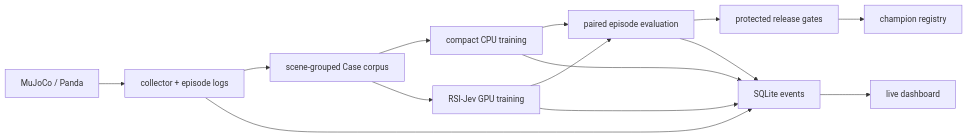
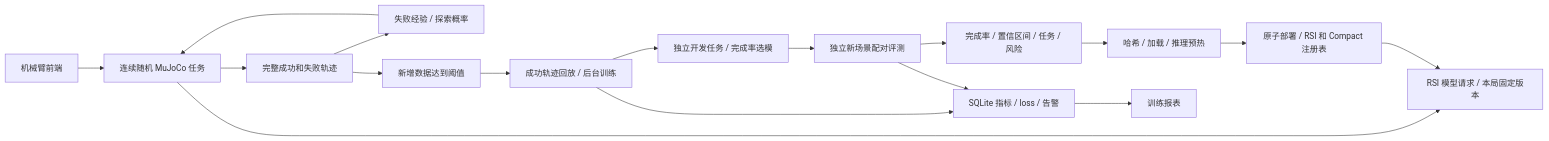
One commit to gaohuan2020/embodied-rsi changed the diagram in docs/ARCHITECTURE.md. Above: the diagram before and after it, drawn with Mermaid. The commit also changed other lines of this file and 34 other files, not shown here.

Commit message:
Add RSI success replay, automatic collection training and compact dashboards

````diff
--- a/docs/ARCHITECTURE.md
+++ b/docs/ARCHITECTURE.md
@@ -3,16 +3,19 @@
 ```mermaid
 flowchart LR
-  Sim[MuJoCo / Panda] --> Collector[collector + episode logs]
-  Collector --> Dataset[scene-grouped Case corpus]
-  Dataset --> Compact[compact CPU training]
-  Dataset --> RSI[RSI-Jev GPU training]
-  Compact --> Eval[paired episode evaluation]
-  RSI --> Eval
-  Eval --> Gate[protected release gates]
-  Gate --> Champion[champion registry]
-  Collector --> DB[SQLite events]
-  Compact --> DB
-  RSI --> DB
-  Eval --> DB
-  DB --> Dashboard[live dashboard]
+  UI[机械臂前端] --> Sim[连续随机 MuJoCo 任务]
+  Sim --> Model[RSI 模型请求 / 本局固定版本]
+  Sim --> Data[完整成功和失败轨迹]
+  Data --> Memory[失败经验 / 探索概率]
+  Memory --> Sim
+  Data --> Threshold[新增数据达到阈值]
+  Threshold --> Train[成功轨迹回放 / 后台训练]
+  Train --> Dev[独立开发任务 / 完成率选模]
+  Dev --> Eval[独立新场景配对评测]
+  Eval --> Gate[完成率 / 置信区间 / 任务 / 风险]
+  Gate --> Load[哈希 / 加载 / 推理预热]
+  Load --> Registry[原子部署 / RSI 和 Compact 注册表]
+  Registry --> Model
+  Train --> Events[SQLite 指标 / loss / 告警]
+  Eval --> Events
+  Events --> Report[训练报表]
 ```
````
